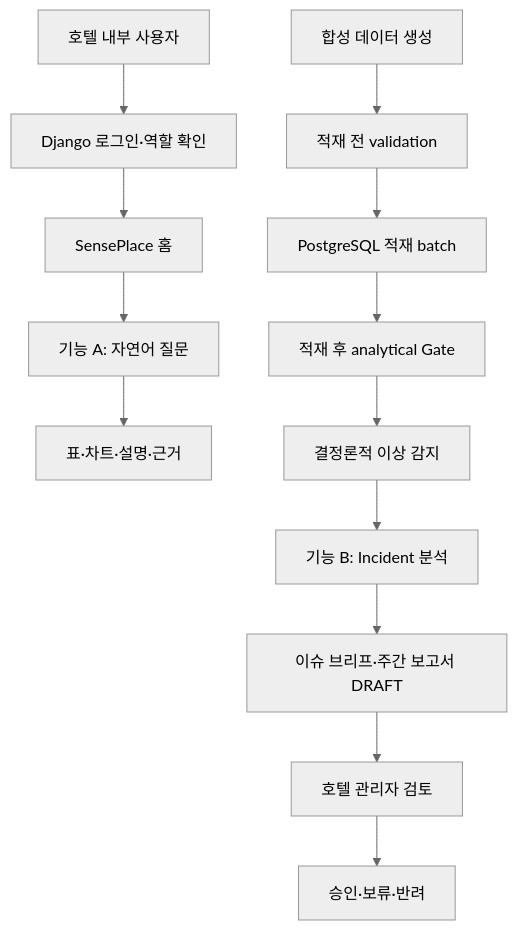
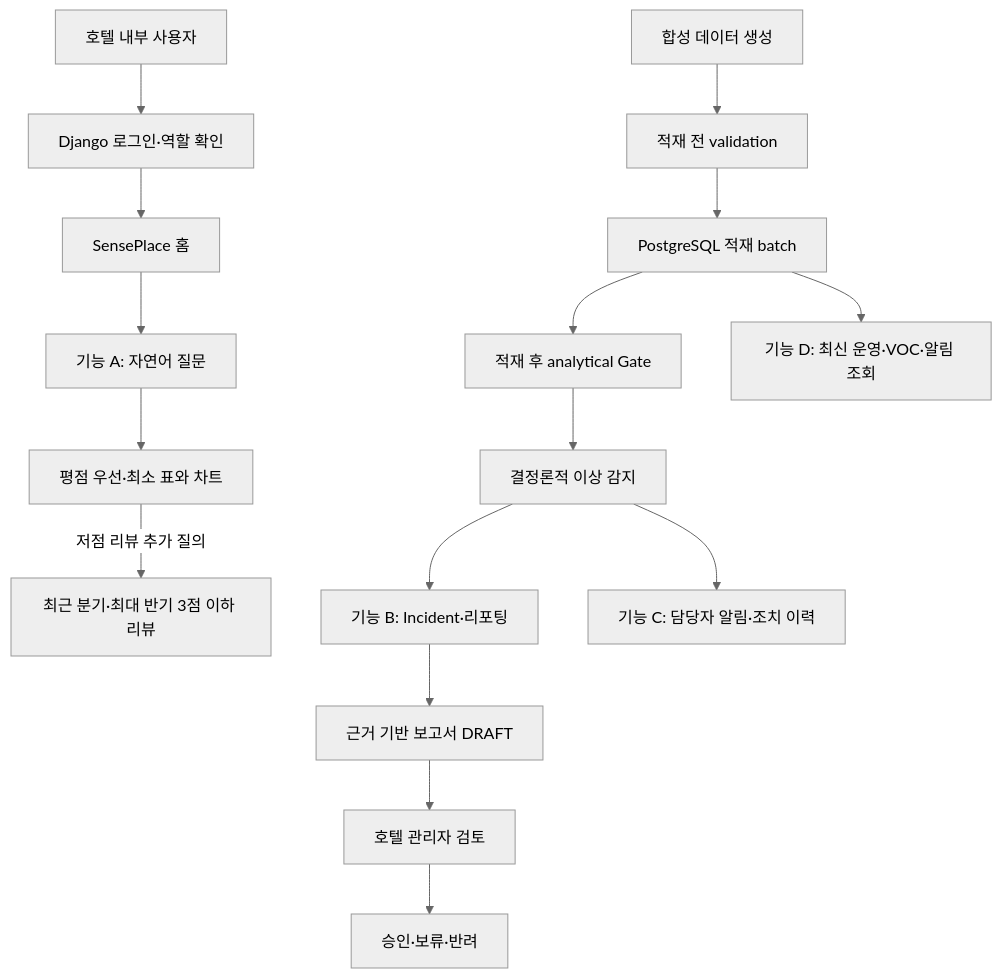
The first of 2 diagrams in docs/markdown/03_프로젝트기획서.md (hijun318-eng/skn29_final_3team), drawn with Mermaid (neutral theme) before and after one commit. The commit also changed other lines of this file and 3 other files, not shown here.

````diff
--- a/docs/markdown/03_프로젝트기획서.md
+++ b/docs/markdown/03_프로젝트기획서.md
@@ -226,16 +230,19 @@
 ```mermaid
 flowchart TB
     U[호텔 내부 사용자] --> D[Django 로그인·역할 확인]
     D --> H[SensePlace 홈]
     H --> QA[기능 A: 자연어 질문]
-    QA --> QR[표·차트·설명·근거]
+    QA --> QR[평점 우선·최소 표와 차트]
+    QR -->|저점 리뷰 추가 질의| RVW[최근 분기·최대 반기 3점 이하 리뷰]
 
     G[합성 데이터 생성] --> PV[적재 전 validation]
     PV --> B[PostgreSQL 적재 batch]
     B --> QG[적재 후 analytical Gate]
     QG --> DT[결정론적 이상 감지]
-    DT --> IA[기능 B: Incident 분석]
-    IA --> RP[이슈 브리프·주간 보고서 DRAFT]
+    DT --> IA[기능 B: Incident·리포팅]
+    IA --> RP[근거 기반 보고서 DRAFT]
+    DT --> AL[기능 C: 담당자 알림·조치 이력]
+    B --> MON[기능 D: 최신 운영·VOC·알림 조회]
     RP --> RV[호텔 관리자 검토]
     RV --> DC[승인·보류·반려]
 ```
````
